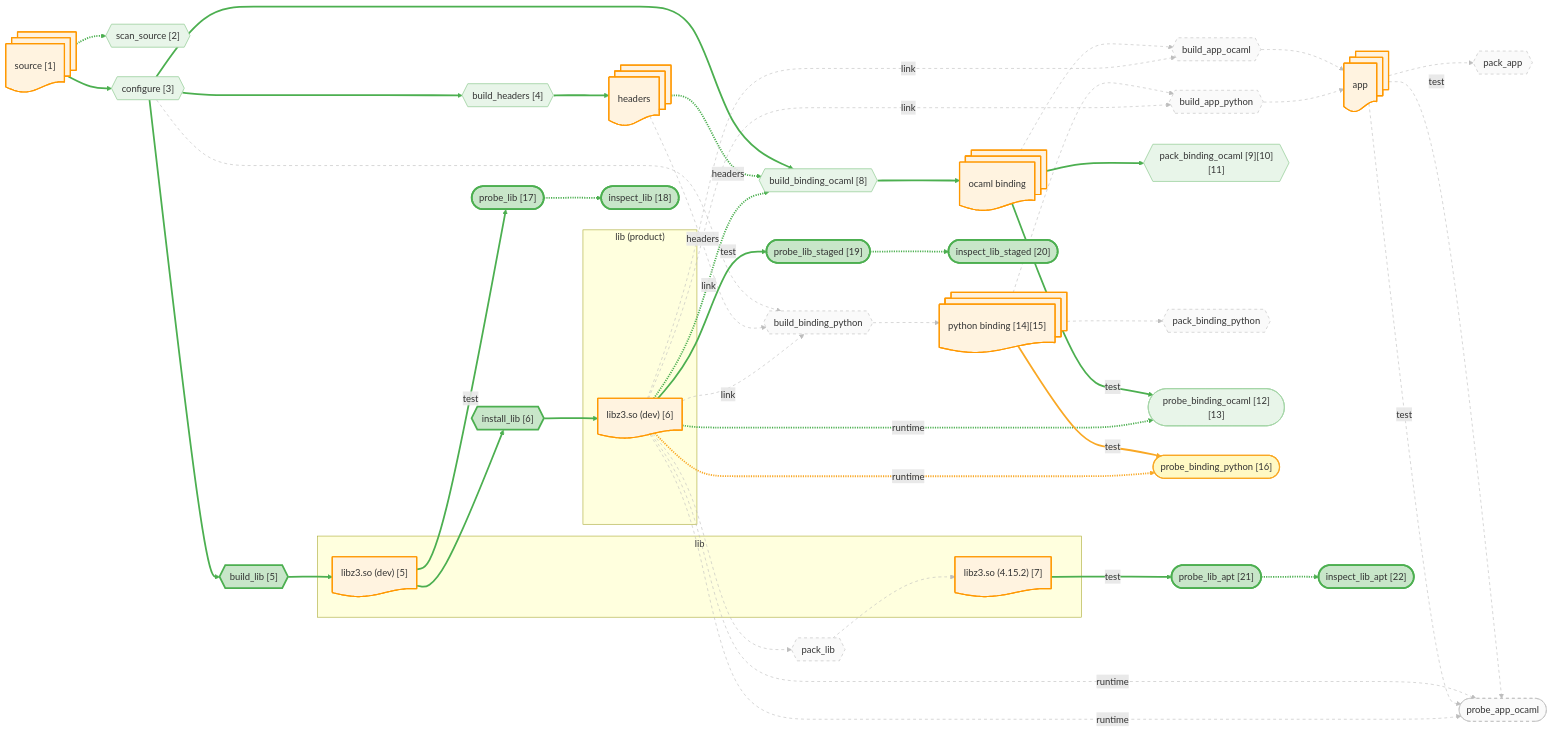
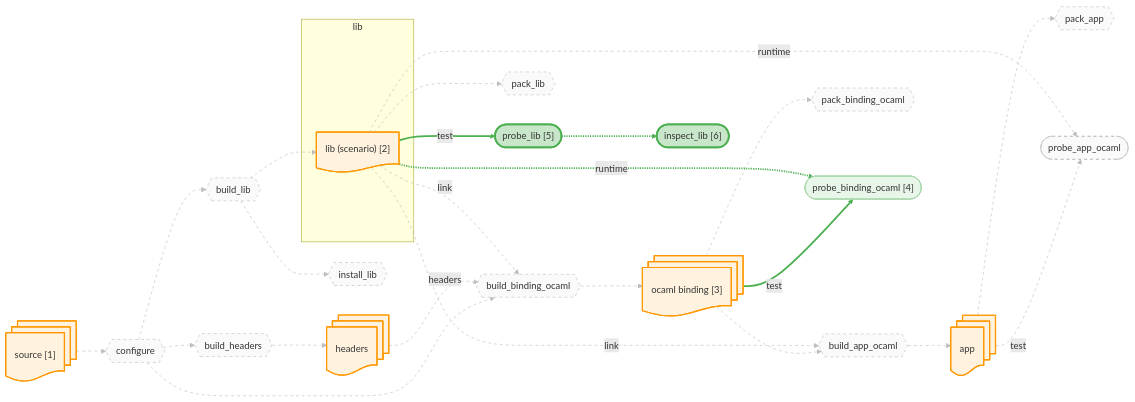
The diagram in docs/canary/projects/z3/-run/diagrams/lib.mmd (JHU-PL-Lab/tola), drawn with Mermaid before and after one commit. The commit also changed 941 other files, not shown here.

```diff
--- a/docs/canary/projects/z3/-run/diagrams/lib.mmd
+++ b/docs/canary/projects/z3/-run/diagrams/lib.mmd
@@ -1,154 +1,91 @@
 %% view: lib
 graph LR
     source_node@{ shape: docs, label: "source [1]" }
     headers_node@{ shape: docs, label: "headers" }
-    subgraph lib_input_sg ["lib"]
-      lib_apt_node@{ shape: doc, label: "libz3.so (4.15.2) [7]" }
-      lib_build_tree_node@{ shape: doc, label: "libz3.so (dev) [5]" }
-    end
-    subgraph lib_product_sg ["lib (product)"]
-      lib_staged_node@{ shape: doc, label: "libz3.so (dev) [6]" }
+    subgraph lib_sg ["lib"]
+      lib_fetch_node@{ shape: doc, label: "lib (scenario) [2]" }
     end
     app_node@{ shape: docs, label: "app" }
-    ocaml_binding_node@{ shape: docs, label: "ocaml binding" }
-    python_binding_node@{ shape: docs, label: "python binding [14][15]" }
+    ocaml_binding_node@{ shape: docs, label: "ocaml binding [3]" }
 
-    A_scan_source{{"scan_source [2]"}}
-    A_configure{{"configure [3]"}}
-    A_build_headers{{"build_headers [4]"}}
-    A_build_lib{{"build_lib [5]"}}
-    A_build_binding_ocaml{{"build_binding_ocaml [8]"}}
+    A_configure{{"configure"}}
+    A_build_headers{{"build_headers"}}
+    A_build_lib{{"build_lib"}}
+    A_build_binding_ocaml{{"build_binding_ocaml"}}
     A_build_app_ocaml{{"build_app_ocaml"}}
-    A_build_binding_python{{"build_binding_python"}}
-    A_build_app_python{{"build_app_python"}}
-    A_install_lib{{"install_lib [6]"}}
-    A_pack_binding_ocaml{{"pack_binding_ocaml [9][10][11]"}}
-    A_pack_binding_python{{"pack_binding_python"}}
+    A_install_lib{{"install_lib"}}
+    A_pack_binding_ocaml{{"pack_binding_ocaml"}}
     A_pack_lib{{"pack_lib"}}
     A_pack_app{{"pack_app"}}
-    A_probe_binding_ocaml(["probe_binding_ocaml [12][13]"])
+    A_probe_binding_ocaml(["probe_binding_ocaml [4]"])
     A_probe_app_ocaml(["probe_app_ocaml"])
-    A_probe_binding_python(["probe_binding_python [16]"])
-    A_probe_app_ocaml(["probe_app_ocaml"])
-    A_probe_lib(["probe_lib [17]"])
-    A_probe_lib_staged(["probe_lib_staged [19]"])
-    A_probe_lib_apt(["probe_lib_apt [21]"])
-    A_probe_lib_inspect(["inspect_lib [18]"])
-    A_probe_lib_staged_inspect(["inspect_lib_staged [20]"])
-    A_probe_lib_apt_inspect(["inspect_lib_apt [22]"])
+    A_probe_lib(["probe_lib [5]"])
+    A_probe_lib_inspect(["inspect_lib [6]"])
 
-    source_node -.-> A_scan_source
     source_node --> A_configure
     A_configure --> A_build_headers
     A_build_headers --> headers_node
     A_configure --> A_build_lib
-    A_build_lib --> lib_build_tree_node
+    A_build_lib --> lib_fetch_node
     A_configure --> A_build_binding_ocaml
     headers_node -.->|headers| A_build_binding_ocaml
-    lib_staged_node -.->|link| A_build_binding_ocaml
+    lib_fetch_node -.->|link| A_build_binding_ocaml
     A_build_binding_ocaml --> ocaml_binding_node
     ocaml_binding_node --> A_build_app_ocaml
-    lib_staged_node -.->|link| A_build_app_ocaml
+    lib_fetch_node -.->|link| A_build_app_ocaml
     A_build_app_ocaml --> app_node
-    A_configure --> A_build_binding_python
-    headers_node -.->|headers| A_build_binding_python
-    lib_staged_node -.->|link| A_build_binding_python
-    A_build_binding_python --> python_binding_node
-    python_binding_node --> A_build_app_python
-    lib_staged_node -.->|link| A_build_app_python
-    A_build_app_python --> app_node
-    lib_build_tree_node --> A_install_lib
-    A_install_lib --> lib_staged_node
+    A_build_lib --> A_install_lib
     ocaml_binding_node --> A_pack_binding_ocaml
-    python_binding_node --> A_pack_binding_python
-    lib_staged_node --> A_pack_lib
-    A_pack_lib --> lib_apt_node
+    lib_fetch_node --> A_pack_lib
     app_node --> A_pack_app
     ocaml_binding_node -->|test| A_probe_binding_ocaml
-    lib_staged_node -.->|runtime| A_probe_binding_ocaml
+    lib_fetch_node -.->|runtime| A_probe_binding_ocaml
     app_node -->|test| A_probe_app_ocaml
-    lib_staged_node -.->|runtime| A_probe_app_ocaml
-    python_binding_node -->|test| A_probe_binding_python
-    lib_staged_node -.->|runtime| A_probe_binding_python
-    app_node -->|test| A_probe_app_ocaml
-    lib_staged_node -.->|runtime| A_probe_app_ocaml
-    lib_build_tree_node -->|test| A_probe_lib
-    lib_staged_node -->|test| A_probe_lib_staged
-    lib_apt_node -->|test| A_probe_lib_apt
+    lib_fetch_node -.->|runtime| A_probe_app_ocaml
+    lib_fetch_node -->|test| A_probe_lib
     A_probe_lib -.-> A_probe_lib_inspect
-    A_probe_lib_staged -.-> A_probe_lib_staged_inspect
-    A_probe_lib_apt -.-> A_probe_lib_apt_inspect
 
     classDef artifact fill:#fff3e0,stroke:#ff9800,stroke-width:2px
     classDef action fill:#f3e5f5,stroke:#9c27b0,stroke-width:2px
     classDef st_done fill:#c8e6c9,stroke:#4caf50,stroke-width:3px
     classDef st_done_ctx fill:#e8f5e9,stroke:#a5d6a7,stroke-width:1.5px
     classDef st_expected_fail fill:#fff9c4,stroke:#f9a825,stroke-width:2px
     classDef st_failed fill:#ffcdd2,stroke:#c62828,stroke-width:2px
     classDef st_skipped fill:#f5f5f5,stroke:#9e9e9e,stroke-dasharray:5
     classDef st_nospec fill:#fafafa,stroke:#bdbdbd,stroke-dasharray:5
-    class source_node,headers_node,lib_apt_node,lib_build_tree_node,lib_staged_node,app_node,ocaml_binding_node,python_binding_node artifact
-    class A_scan_source st_done_ctx
-    class A_configure st_done_ctx
-    class A_build_headers st_done_ctx
-    class A_build_lib st_done
-    class A_build_binding_ocaml st_done_ctx
+    class source_node,headers_node,lib_fetch_node,app_node,ocaml_binding_node artifact
+    class A_configure st_nospec
+    class A_build_headers st_nospec
+    class A_build_lib st_nospec
+    class A_build_binding_ocaml st_nospec
     class A_build_app_ocaml st_nospec
-    class A_build_binding_python st_nospec
-    class A_build_app_python st_nospec
-    class A_install_lib st_done
-    class A_pack_binding_ocaml st_done_ctx
-    class A_pack_binding_python st_nospec
+    class A_install_lib st_nospec
+    class A_pack_binding_ocaml st_nospec
     class A_pack_lib st_nospec
     class A_pack_app st_nospec
     class A_probe_binding_ocaml st_done_ctx
     class A_probe_app_ocaml st_nospec
-    class A_probe_binding_python st_expected_fail
-    class A_probe_app_ocaml st_nospec
     class A_probe_lib st_done
-    class A_probe_lib_staged st_done
-    class A_probe_lib_apt st_done
     class A_probe_lib_inspect st_done
-    class A_probe_lib_staged_inspect st_done
-    class A_probe_lib_apt_inspect st_done
-    linkStyle 0 stroke:#4caf50,stroke-width:3px
-    linkStyle 1 stroke:#4caf50,stroke-width:3px
-    linkStyle 2 stroke:#4caf50,stroke-width:3px
-    linkStyle 3 stroke:#4caf50,stroke-width:3px
-    linkStyle 4 stroke:#4caf50,stroke-width:3px
-    linkStyle 5 stroke:#4caf50,stroke-width:3px
-    linkStyle 6 stroke:#4caf50,stroke-width:3px
-    linkStyle 7 stroke:#4caf50,stroke-width:3px
-    linkStyle 8 stroke:#4caf50,stroke-width:3px
-    linkStyle 9 stroke:#4caf50,stroke-width:3px
+    linkStyle 0 stroke:#bdbdbd,stroke-width:1px,stroke-dasharray:5
+    linkStyle 1 stroke:#bdbdbd,stroke-width:1px,stroke-dasharray:5
+    linkStyle 2 stroke:#bdbdbd,stroke-width:1px,stroke-dasharray:5
+    linkStyle 3 stroke:#bdbdbd,stroke-width:1px,stroke-dasharray:5
+    linkStyle 4 stroke:#bdbdbd,stroke-width:1px,stroke-dasharray:5
+    linkStyle 5 stroke:#bdbdbd,stroke-width:1px,stroke-dasharray:5
+    linkStyle 6 stroke:#bdbdbd,stroke-width:1px,stroke-dasharray:5
+    linkStyle 7 stroke:#bdbdbd,stroke-width:1px,stroke-dasharray:5
+    linkStyle 8 stroke:#bdbdbd,stroke-width:1px,stroke-dasharray:5
+    linkStyle 9 stroke:#bdbdbd,stroke-width:1px,stroke-dasharray:5
     linkStyle 10 stroke:#bdbdbd,stroke-width:1px,stroke-dasharray:5
     linkStyle 11 stroke:#bdbdbd,stroke-width:1px,stroke-dasharray:5
     linkStyle 12 stroke:#bdbdbd,stroke-width:1px,stroke-dasharray:5
     linkStyle 13 stroke:#bdbdbd,stroke-width:1px,stroke-dasharray:5
     linkStyle 14 stroke:#bdbdbd,stroke-width:1px,stroke-dasharray:5
     linkStyle 15 stroke:#bdbdbd,stroke-width:1px,stroke-dasharray:5
-    linkStyle 16 stroke:#bdbdbd,stroke-width:1px,stroke-dasharray:5
-    linkStyle 17 stroke:#bdbdbd,stroke-width:1px,stroke-dasharray:5
+    linkStyle 16 stroke:#4caf50,stroke-width:3px
+    linkStyle 17 stroke:#4caf50,stroke-width:3px
     linkStyle 18 stroke:#bdbdbd,stroke-width:1px,stroke-dasharray:5
     linkStyle 19 stroke:#bdbdbd,stroke-width:1px,stroke-dasharray:5
     linkStyle 20 stroke:#4caf50,stroke-width:3px
     linkStyle 21 stroke:#4caf50,stroke-width:3px
-    linkStyle 22 stroke:#4caf50,stroke-width:3px
-    linkStyle 23 stroke:#bdbdbd,stroke-width:1px,stroke-dasharray:5
-    linkStyle 24 stroke:#bdbdbd,stroke-width:1px,stroke-dasharray:5
-    linkStyle 25 stroke:#bdbdbd,stroke-width:1px,stroke-dasharray:5
-    linkStyle 26 stroke:#bdbdbd,stroke-width:1px,stroke-dasharray:5
-    linkStyle 27 stroke:#4caf50,stroke-width:3px
-    linkStyle 28 stroke:#4caf50,stroke-width:3px
-    linkStyle 29 stroke:#bdbdbd,stroke-width:1px,stroke-dasharray:5
-    linkStyle 30 stroke:#bdbdbd,stroke-width:1px,stroke-dasharray:5
-    linkStyle 31 stroke:#f9a825,stroke-width:3px
-    linkStyle 32 stroke:#f9a825,stroke-width:3px
-    linkStyle 33 stroke:#bdbdbd,stroke-width:1px,stroke-dasharray:5
-    linkStyle 34 stroke:#bdbdbd,stroke-width:1px,stroke-dasharray:5
-    linkStyle 35 stroke:#4caf50,stroke-width:3px
-    linkStyle 36 stroke:#4caf50,stroke-width:3px
-    linkStyle 37 stroke:#4caf50,stroke-width:3px
-    linkStyle 38 stroke:#4caf50,stroke-width:3px
-    linkStyle 39 stroke:#4caf50,stroke-width:3px
-    linkStyle 40 stroke:#4caf50,stroke-width:3px
```
